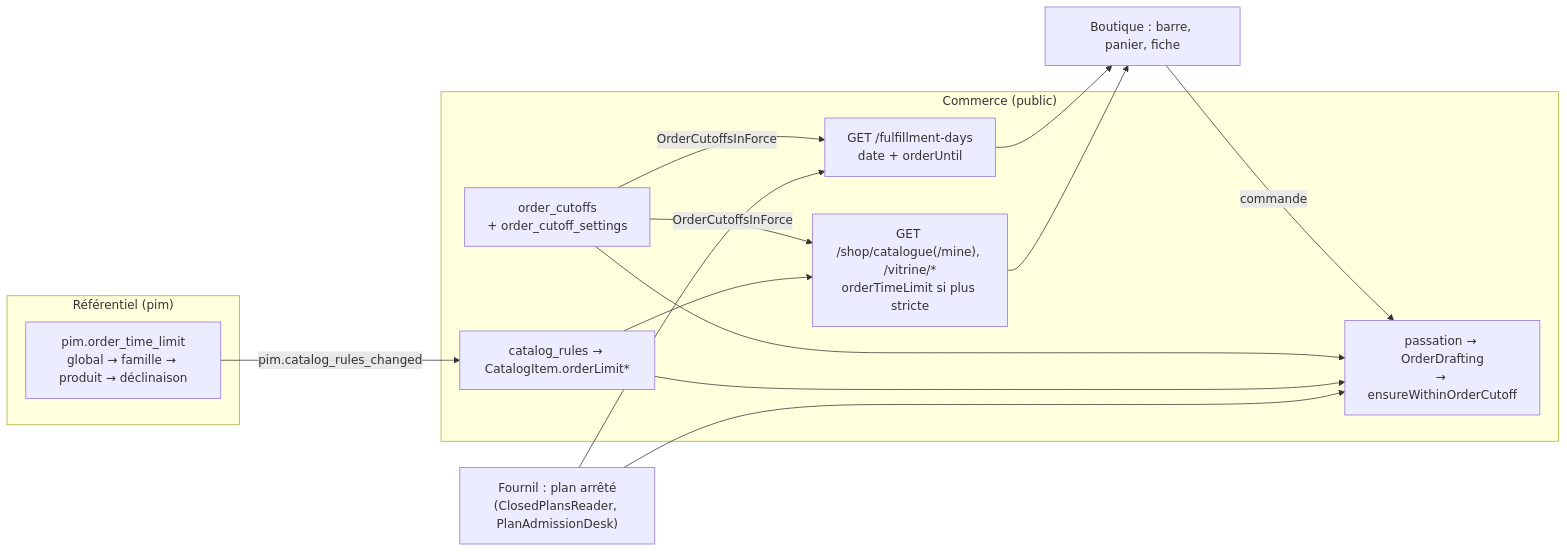
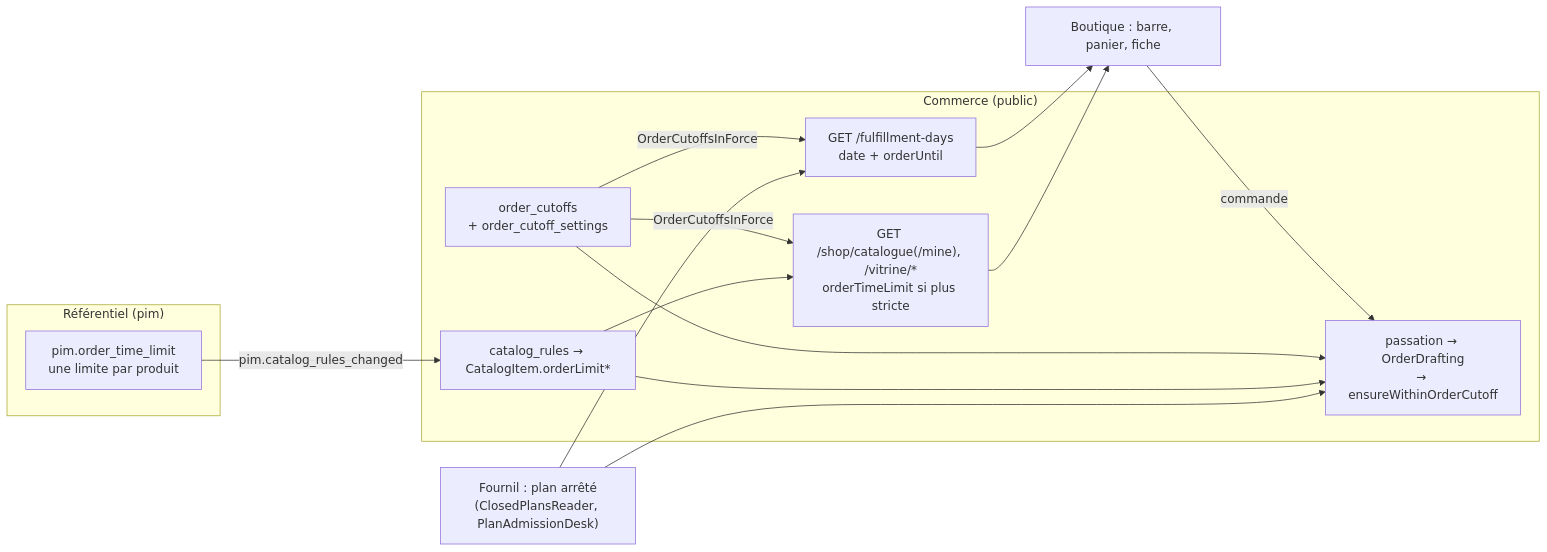
Before and after one commit to hugoheynard/lfd: the diagram in documentation/limites-de-commande/README.md, drawn with Mermaid. The commit also changed other lines of this file and 49 other files, not shown here.

First line of the commit message:
feat(limites): une limite par produit, sans rattrapage ; la règle générale seule pour tout le catalogue

````diff
--- a/documentation/limites-de-commande/README.md
+++ b/documentation/limites-de-commande/README.md
@@ -72,25 +76,25 @@
 ```mermaid
 flowchart LR
   subgraph PIM["Référentiel (pim)"]
-    OTL["pim.order_time_limit<br/>global → famille → produit → déclinaison"]
+    OTL["pim.order_time_limit<br/>une limite par produit"]
   end
   subgraph B2B["Commerce (public)"]
     OC["order_cutoffs<br/>+ order_cutoff_settings"]
     CR["catalog_rules → CatalogItem.orderLimit*"]
     FD["GET /fulfillment-days<br/>date + orderUntil"]
     CAT["GET /shop/catalogue(/mine), /vitrine/*<br/>orderTimeLimit si plus stricte"]
     G["passation → OrderDrafting<br/>→ ensureWithinOrderCutoff"]
   end
   P["Fournil : plan arrêté<br/>(ClosedPlansReader, PlanAdmissionDesk)"]
   OTL -- "pim.catalog_rules_changed" --> CR
   OC -- "OrderCutoffsInForce" --> FD
   OC -- "OrderCutoffsInForce" --> CAT
   CR --> CAT
   P --> FD
   FD --> SHOP["Boutique : barre, panier, fiche"]
   CAT --> SHOP
   SHOP -- "commande" --> G
   OC --> G
   CR --> G
   P --> G
 ```
````
